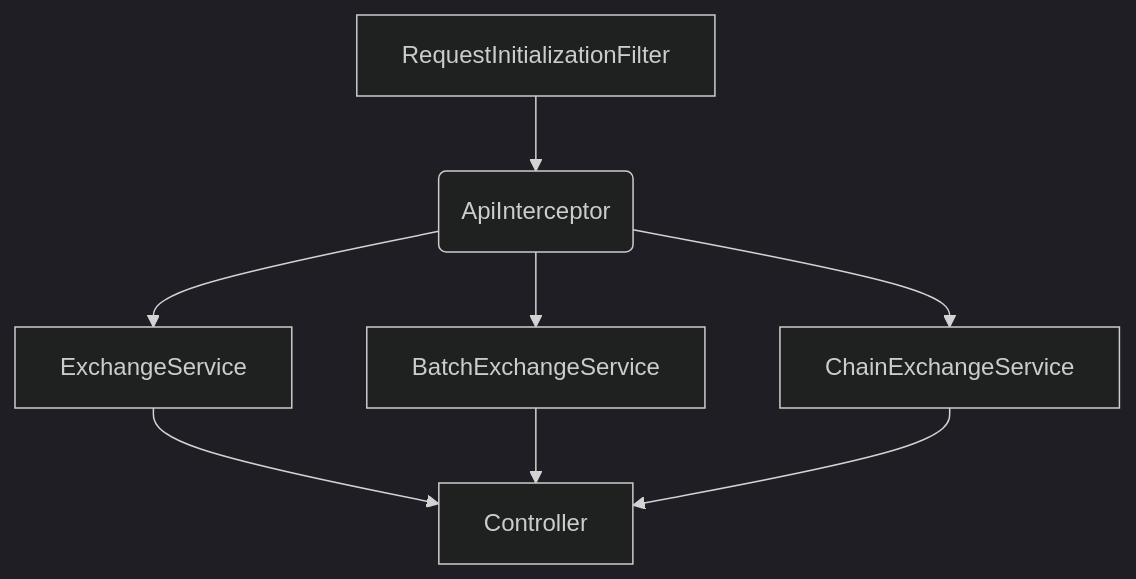
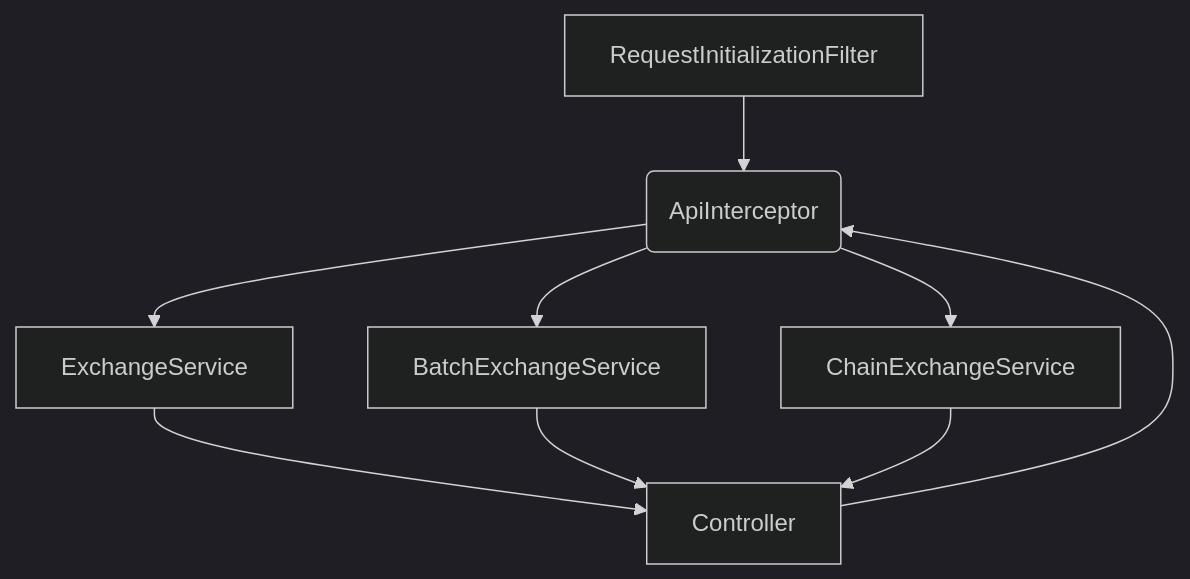
Before and after one commit to Beapi-io/spring-boot-starter-beapi: the diagram in README.md, drawn with Mermaid (dark theme).

````diff
--- a/README.md
+++ b/README.md
@@ -101,10 +101,11 @@
 ```mermaid
 flowchart TD
     A[RequestInitializationFilter] --> B(ApiInterceptor)
     B --> C[ExchangeService] 
     B --> D[BatchExchangeService] 
     B --> E[ChainExchangeService] 
     C --> F[Controller]
     D --> F[Controller]
     E --> F[Controller]
+    F --> B
 ```
````
